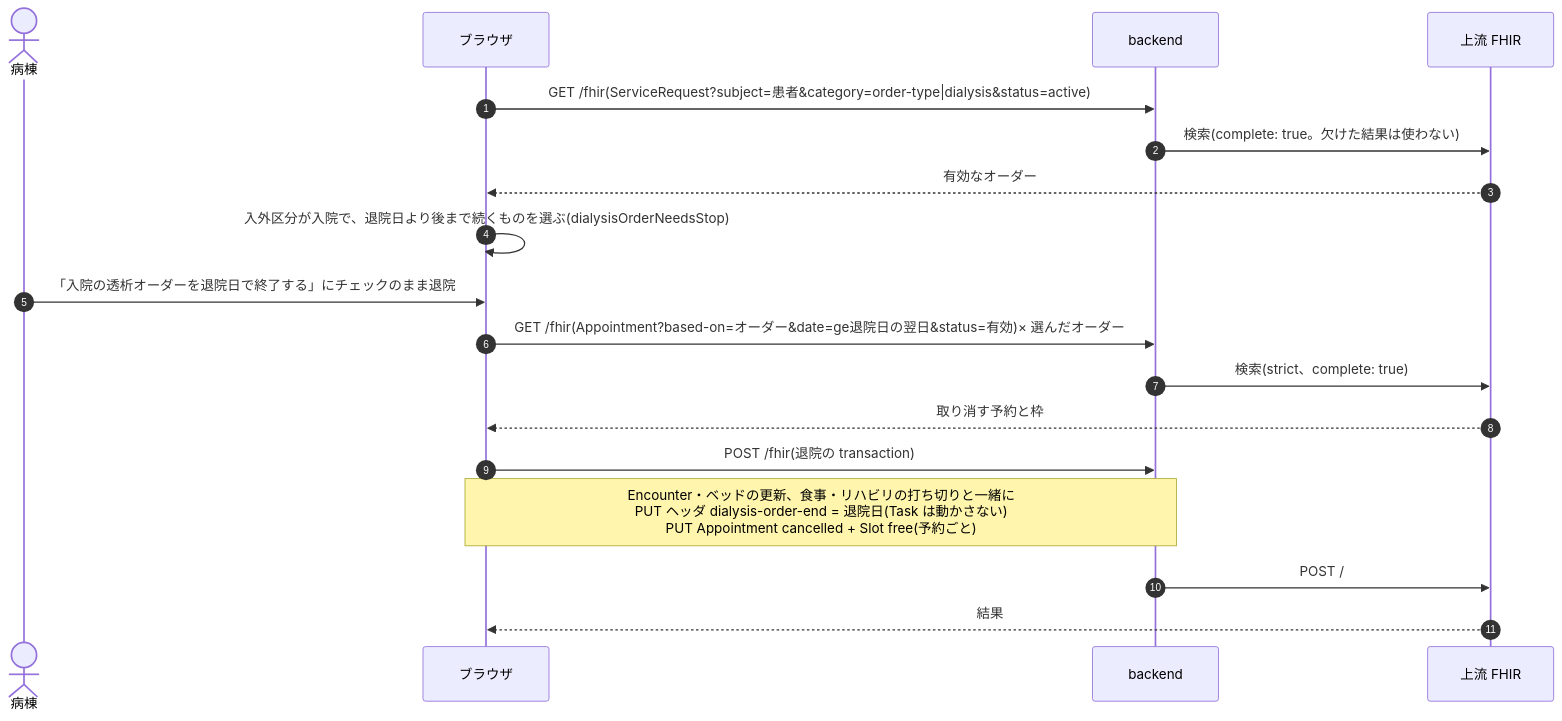
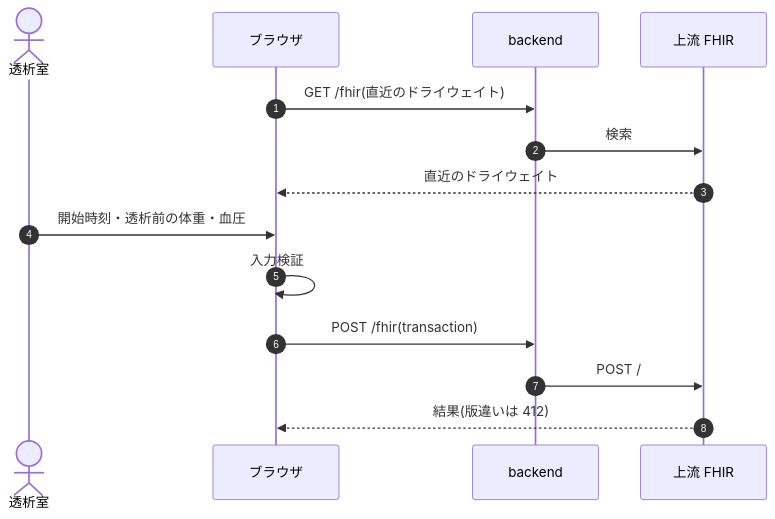
One commit to ysnr-dev/fhir-client changed diagram 16 of 21 in docs/order-flows/dialysis.md. Above: the diagram before and after it, drawn with Mermaid. The commit also changed other lines of this file and 14 other files, not shown here.

Commit message:
docs: 業務フローに書き方の決まりを追加し図と用語を整理

````diff
--- a/docs/order-flows/dialysis.md
+++ b/docs/order-flows/dialysis.md
@@ -635,21 +1096,17 @@
 ```mermaid
 sequenceDiagram
   autonumber
-  actor Ward as 病棟
+  actor Dept as 透析室
   participant UI as ブラウザ
   participant BE as backend
   participant FHIR as 上流 FHIR
 
-  UI->>BE: GET /fhir(ServiceRequest?subject=患者&category=order-type|dialysis&status=active)
-  BE->>FHIR: 検索(complete: true。欠けた結果は使わない)
-  FHIR-->>UI: 有効なオーダー
-  UI->>UI: 入外区分が入院で、退院日より後まで続くものを選ぶ(dialysisOrderNeedsStop)
-  Ward->>UI: 「入院の透析オーダーを退院日で終了する」にチェックのまま退院
-  UI->>BE: GET /fhir(Appointment?based-on=オーダー&date=ge退院日の翌日&status=有効)× 選んだオーダー
-  BE->>FHIR: 検索(strict、complete: true)
-  FHIR-->>UI: 取り消す予約と枠
-  UI->>BE: POST /fhir(退院の transaction)
-  Note over UI,BE: Encounter・ベッドの更新、食事・リハビリの打ち切りと一緒に<br/>PUT ヘッダ dialysis-order-end = 退院日(Task は動かさない)<br/>PUT Appointment cancelled + Slot free(予約ごと)
+  UI->>BE: GET /fhir(直近のドライウェイト)
+  BE->>FHIR: 検索
+  FHIR-->>UI: 直近のドライウェイト
+  Dept->>UI: 開始時刻・透析前の体重・血圧
+  UI->>UI: 入力検証
+  UI->>BE: POST /fhir(transaction)
   BE->>FHIR: POST /
-  FHIR-->>UI: 結果
+  FHIR-->>UI: 結果(版違いは 412)
 ```
````
